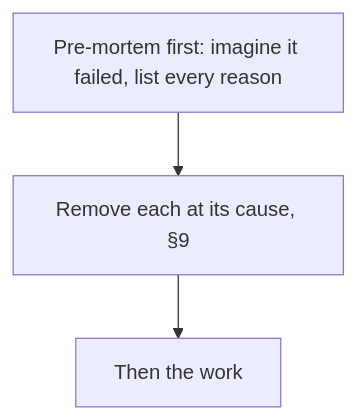
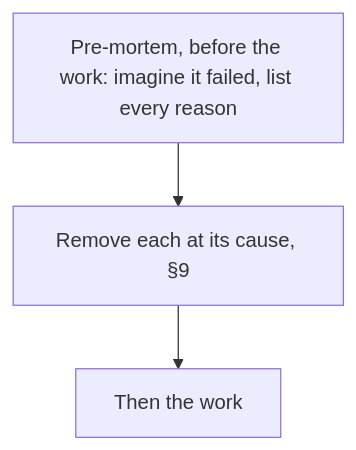
The first of 2 diagrams in README.md (SolenixAI/arbiter), drawn with Mermaid before and after one commit. The commit also changed other lines of this file and 2 other files, not shown here.

Commit message:
fix(agents): §4 installs only a found tool; §6 impact matches its keep rule; §13 has one ⊥ and the reference decides disagreements; pre-mortem before the work; ≻ and ‖ in the glossary

````diff
--- a/README.md
+++ b/README.md
@@ -50,4 +50,4 @@
 ```mermaid
 flowchart TD
-  PM["Pre-mortem first: imagine it failed, list every reason"] --> P["Remove each at its cause, §9"] --> W["Then the work"]
+  PM["Pre-mortem, before the work: imagine it failed, list every reason"] --> P["Remove each at its cause, §9"] --> W["Then the work"]
 ```
````
